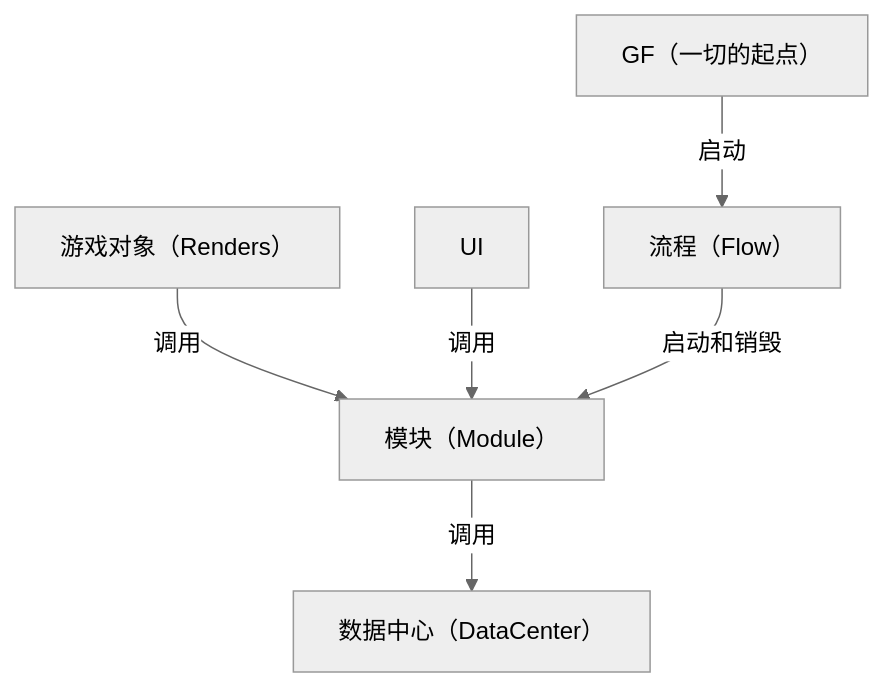
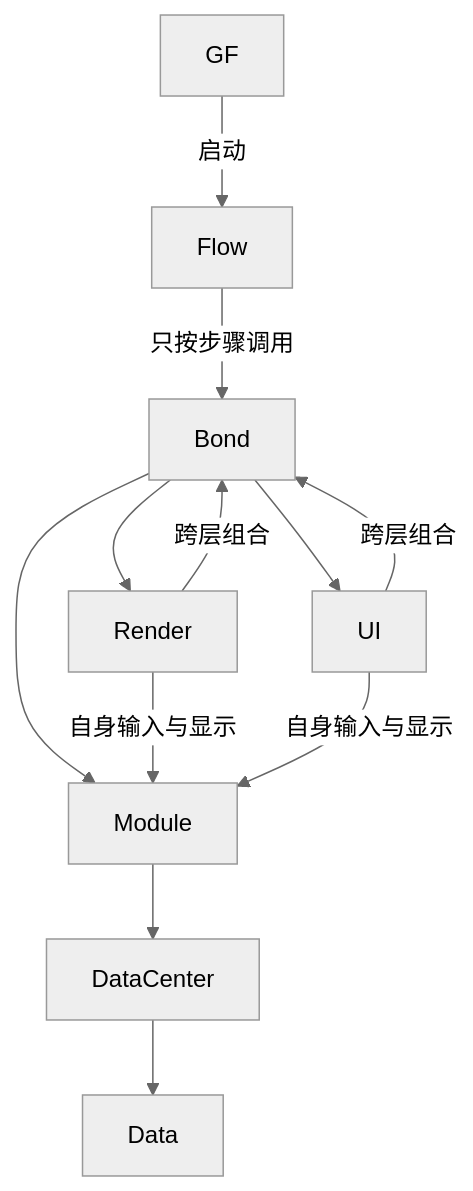
One commit to Qyingii/Fmoda changed the diagram in Assets/FModa/README/README.md. Above: the diagram before and after it, drawn with Mermaid (neutral theme). The commit also changed other lines of this file and 17 other files, not shown here.

````diff
--- a/Assets/FModa/README/README.md
+++ b/Assets/FModa/README/README.md
@@ -8,8 +12,14 @@
-``` mermaid
+```mermaid
 flowchart TD
-A[游戏对象（Renders）]--调用--> B[模块（Module）]
-C[UI]--调用--> B
-B--调用--> D[数据中心（DataCenter）]
-E[流程（Flow）]--启动和销毁--> B
-F[GF（一切的起点）]--启动--> E
+    G[GF] -->|启动| F[Flow]
+    F -->|只按步骤调用| X[Bond]
+    X --> M[Module]
+    X --> R[Render]
+    X --> U[UI]
+    R -->|自身输入与显示| M
+    U -->|自身输入与显示| M
+    R -->|跨层组合| X
+    U -->|跨层组合| X
+    M --> D[DataCenter]
+    D --> A[Data]
 ```
````
